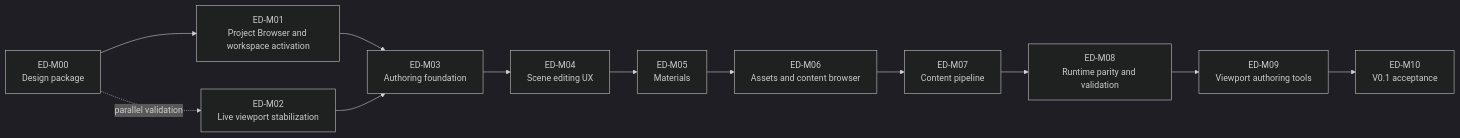
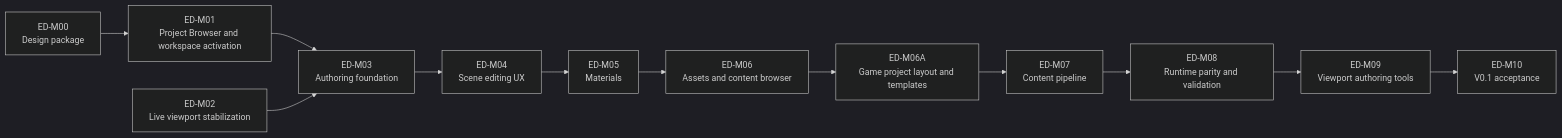
The diagram in design/editor/PLAN.md (abdes/DroidNet), drawn with Mermaid (dark theme) before and after one commit. The commit also changed other lines of this file and 19 other files, not shown here.

Commit message:
docs(editor): align ED-M06A project layout planning

````diff
--- a/design/editor/PLAN.md
+++ b/design/editor/PLAN.md
@@ -55,20 +55,20 @@
 ```mermaid
 flowchart LR
     M00[ED-M00<br/>Design package]
     M01[ED-M01<br/>Project Browser and workspace activation]
     M02[ED-M02<br/>Live viewport stabilization]
     M03[ED-M03<br/>Authoring foundation]
     M04[ED-M04<br/>Scene editing UX]
     M05[ED-M05<br/>Materials]
     M06[ED-M06<br/>Assets and content browser]
+    M06A[ED-M06A<br/>Game project layout and templates]
     M07[ED-M07<br/>Content pipeline]
     M08[ED-M08<br/>Runtime parity and validation]
     M09[ED-M09<br/>Viewport authoring tools]
     M10[ED-M10<br/>V0.1 acceptance]
 
     M00 --> M01
     M01 --> M03
     M02 --> M03
-    M03 --> M04 --> M05 --> M06 --> M07 --> M08 --> M09 --> M10
-    M00 -.parallel validation.-> M02
+    M03 --> M04 --> M05 --> M06 --> M06A --> M07 --> M08 --> M09 --> M10
 ```
````
